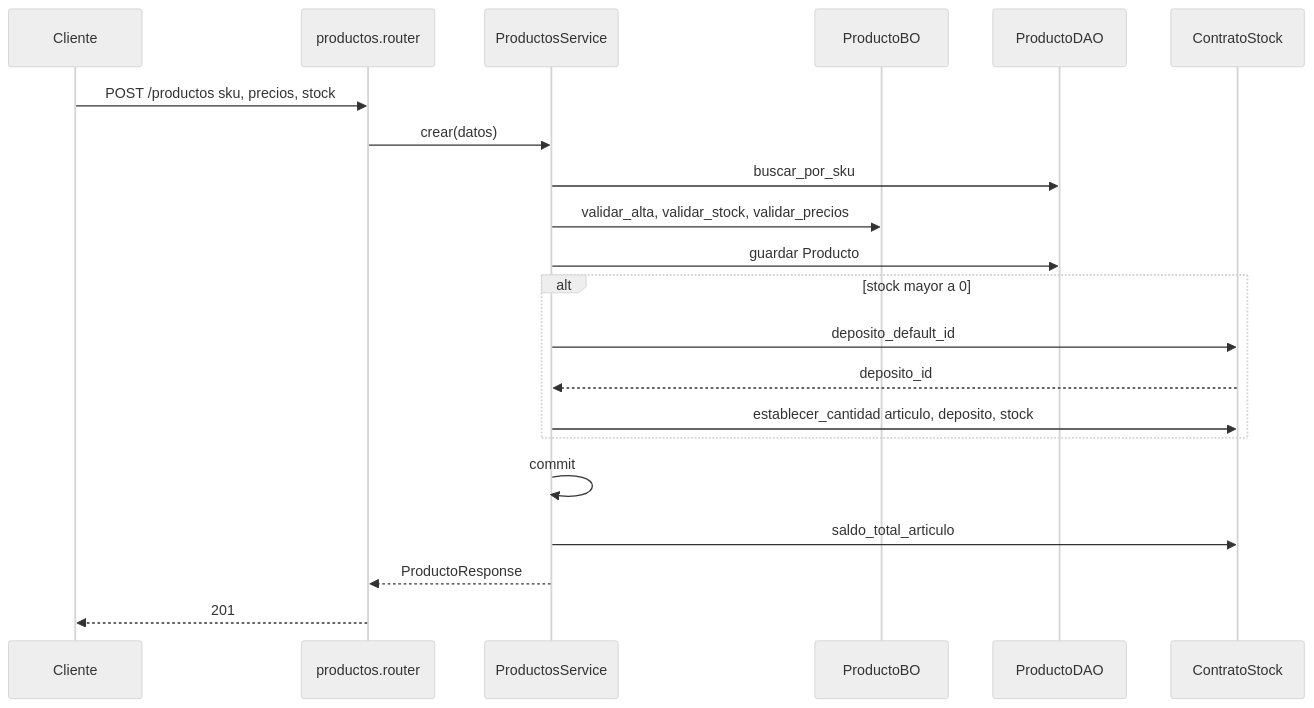
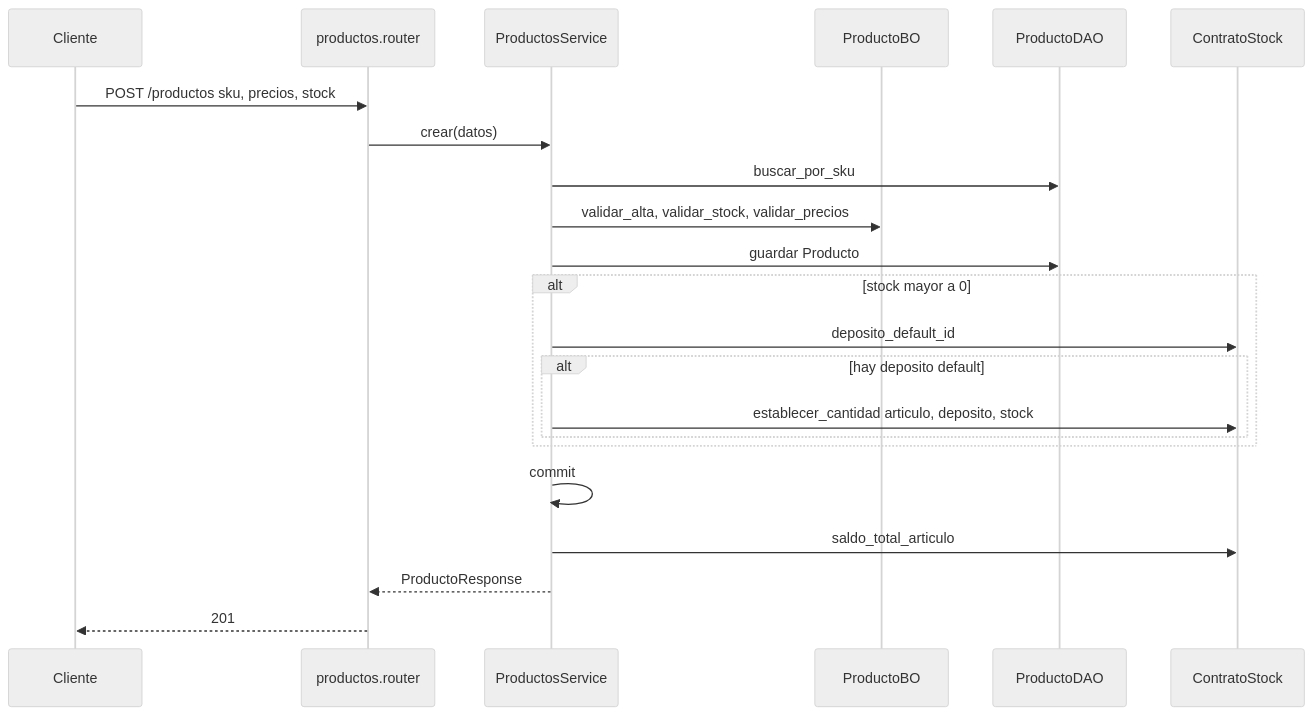
One commit to estsan3/ventas360-api changed the diagram in docs/diagramas/productos.md. Above: the diagram before and after it, drawn with Mermaid (neutral theme). The commit also changed other lines of this file and 20 other files, not shown here.

First line of the commit message:
docs: diagramas de secuencia por módulo (sync 2026-09-16)

````diff
--- a/docs/diagramas/productos.md
+++ b/docs/diagramas/productos.md
@@ -8,24 +8,25 @@
 ```mermaid
 sequenceDiagram
     participant Cliente
     participant Router as productos.router
     participant Service as ProductosService
     participant BO as ProductoBO
     participant DAO as ProductoDAO
     participant Stock as ContratoStock
 
     Cliente->>Router: POST /productos sku, precios, stock
     Router->>Service: crear(datos)
     Service->>DAO: buscar_por_sku
     Service->>BO: validar_alta, validar_stock, validar_precios
     Service->>DAO: guardar Producto
     alt stock mayor a 0
         Service->>Stock: deposito_default_id
-        Stock-->>Service: deposito_id
-        Service->>Stock: establecer_cantidad articulo, deposito, stock
+        alt hay deposito default
+            Service->>Stock: establecer_cantidad articulo, deposito, stock
+        end
     end
     Service->>Service: commit
     Service->>Stock: saldo_total_articulo
     Service-->>Router: ProductoResponse
     Router-->>Cliente: 201
 ```
````
